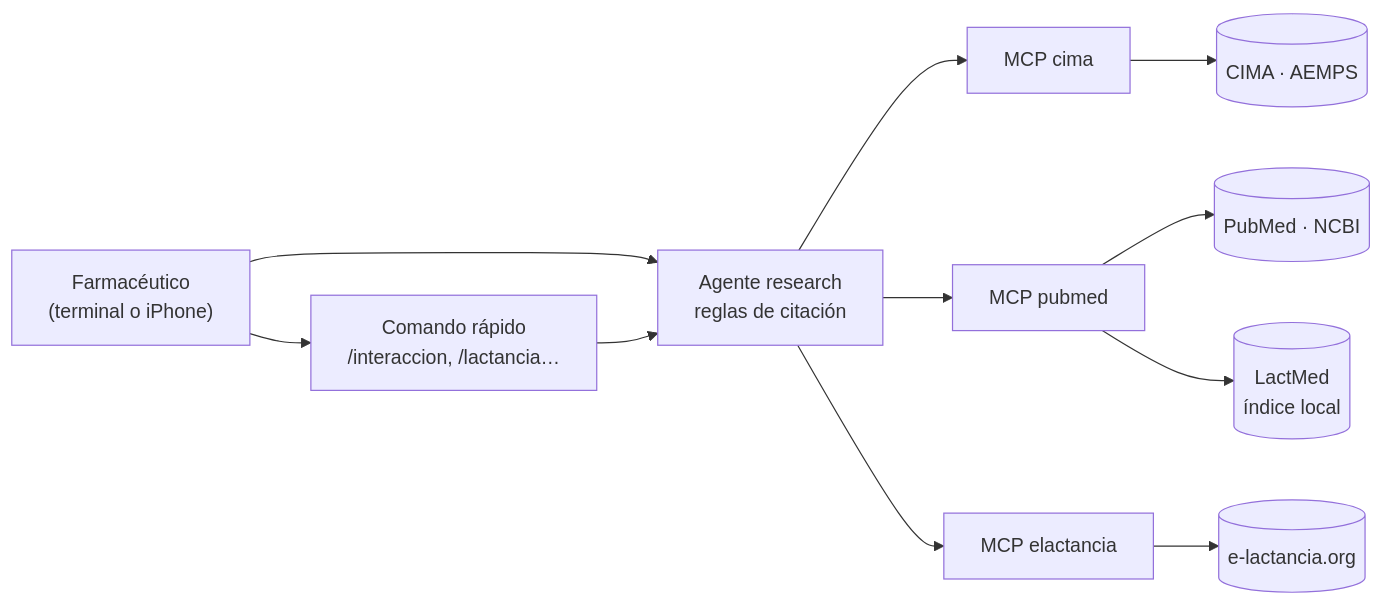
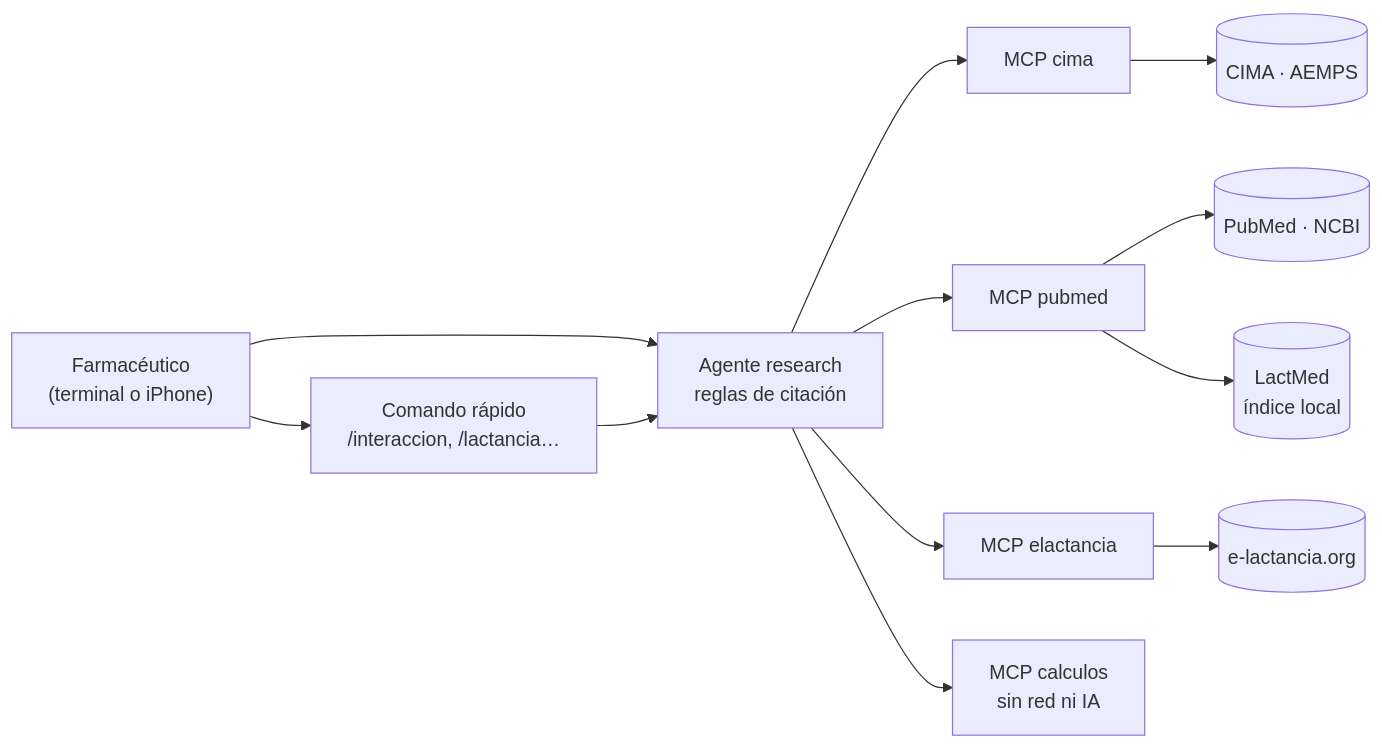
The diagram in README.md (rzazo24/farmaclaw), drawn with Mermaid before and after one commit. The commit also changed other lines of this file and 10 other files, not shown here.

First line of the commit message:
Nuevo MCP calculos: dosis pediátricas por peso y conversiones

````diff
--- a/README.md
+++ b/README.md
@@ -16,10 +16,11 @@
 ```mermaid
 flowchart LR
     U["Farmacéutico<br/>(terminal o iPhone)"] --> C["Comando rápido<br/>/interaccion, /lactancia…"]
     U --> A
     C --> A["Agente research<br/>reglas de citación"]
     A --> M1["MCP cima"] --> CIMA[("CIMA · AEMPS")]
     A --> M2["MCP pubmed"] --> NCBI[("PubMed · NCBI")]
     M2 --> LM[("LactMed<br/>índice local")]
     A --> M3["MCP elactancia"] --> EL[("e-lactancia.org")]
+    A --> M4["MCP calculos<br/>sin red ni IA"]
 ```
````
